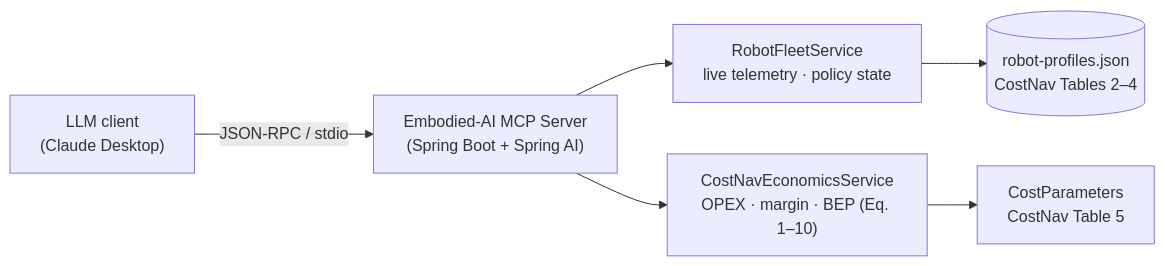
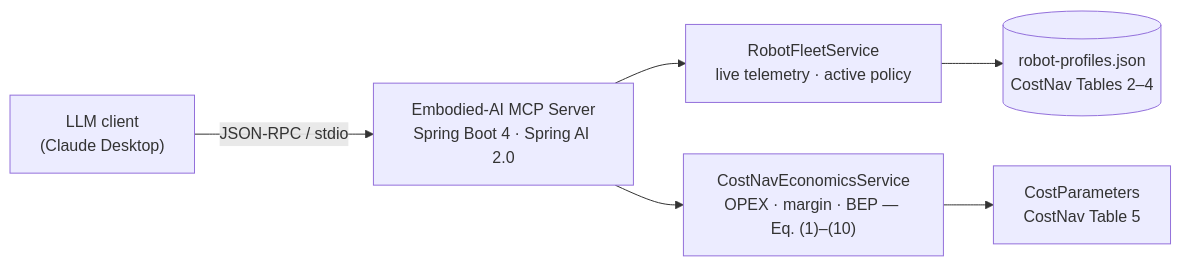
The diagram in README.md (JinVibe/embodied-ai-mcp-server), drawn with Mermaid before and after one commit. The commit also changed other lines of this file and 1 other file, not shown here.

````diff
--- a/README.md
+++ b/README.md
@@ -28,8 +37,8 @@
 ```mermaid
 flowchart LR
-    A["LLM client<br/>(Claude Desktop)"] -- "JSON-RPC / stdio" --> B["Embodied-AI MCP Server<br/>(Spring Boot + Spring AI)"]
-    B --> C["RobotFleetService<br/>live telemetry · policy state"]
-    B --> D["CostNavEconomicsService<br/>OPEX · margin · BEP (Eq. 1–10)"]
+    A["LLM client<br/>(Claude Desktop)"] -- "JSON-RPC / stdio" --> B["Embodied-AI MCP Server<br/>Spring Boot 4 · Spring AI 2.0"]
+    B --> C["RobotFleetService<br/>live telemetry · active policy"]
+    B --> D["CostNavEconomicsService<br/>OPEX · margin · BEP — Eq. (1)–(10)"]
     C --> E[("robot-profiles.json<br/>CostNav Tables 2–4")]
     D --> F["CostParameters<br/>CostNav Table 5"]
 ```
````
